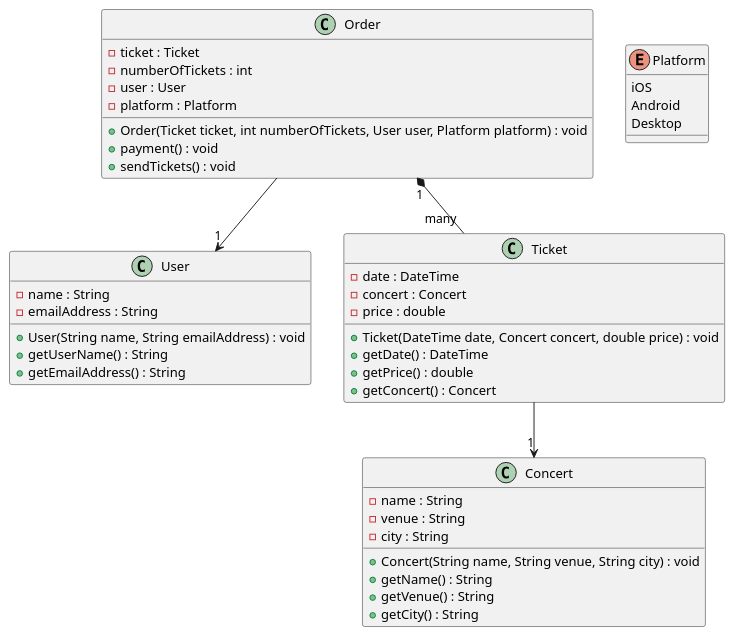
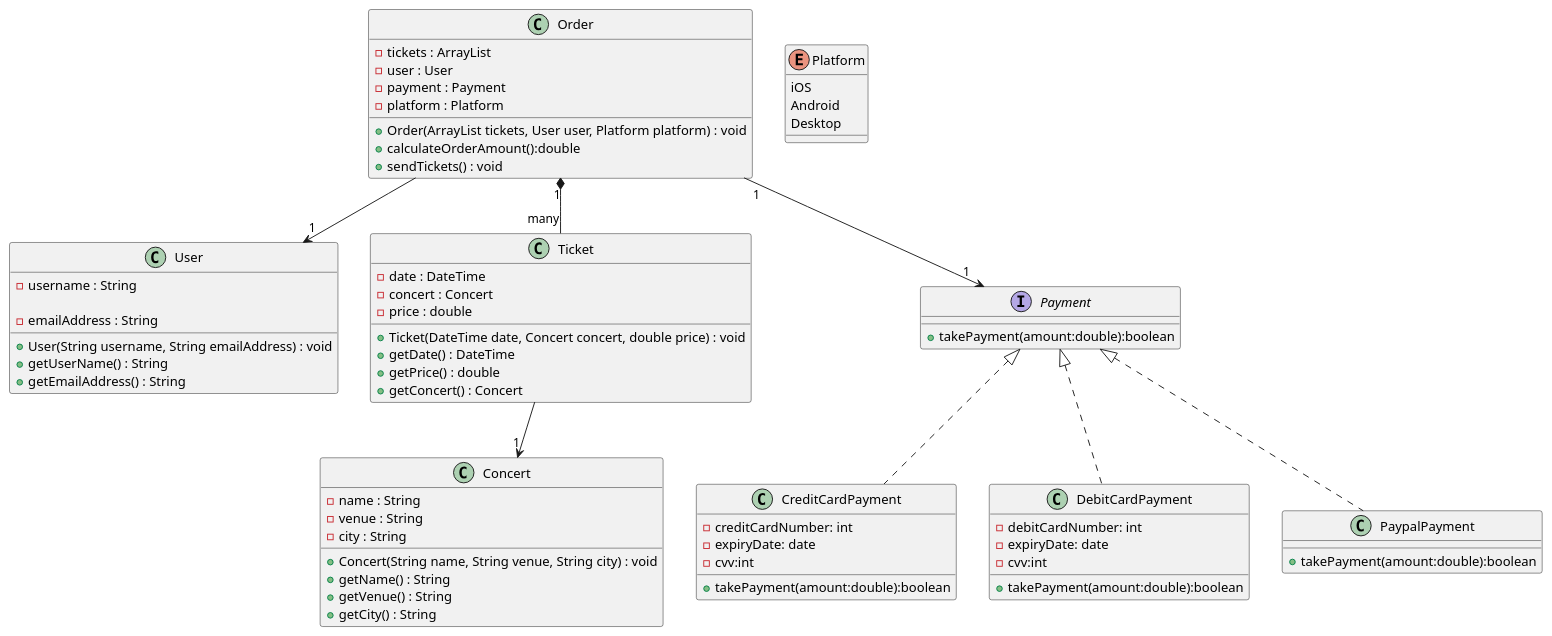
The diagram in MelodyMusic.puml (mel4782gh/MelodyMusic), drawn with PlantUML before and after one commit. The commit also changed 1 other file, not shown here.

Commit message:
@re-factored Melody Music uml

```diff
--- a/MelodyMusic.puml
+++ b/MelodyMusic.puml
@@ -1,56 +1,82 @@
 @startuml
 'https://plantuml.com/class-diagram
 
 Order --> "1" User
 Ticket --> "1" Concert
 Order "1" *-- "many" Ticket
 class User{
-    - name : String
+    - username : String
+
     - emailAddress : String
 
-    + User(String name, String emailAddress) : void
+    + User(String username, String emailAddress) : void
     +getUserName() : String
     +getEmailAddress() : String
 }
+
+
 
 class Concert{
     - name : String
     - venue : String
     - city : String
 
     + Concert(String name, String venue, String city) : void
     + getName() : String
     + getVenue() : String
     + getCity() : String
 
 }
 
 class Ticket{
     - date : DateTime
     - concert : Concert
     - price : double
 
     + Ticket(DateTime date, Concert concert, double price) : void
     + getDate() : DateTime
     + getPrice() : double
     + getConcert() : Concert
 }
 
 class Order{
-    - ticket : Ticket
-    - numberOfTickets : int
+    - tickets : ArrayList
     - user : User
+    - payment : Payment
     - platform : Platform
 
-    + Order(Ticket ticket, int numberOfTickets, User user, Platform platform) : void
-    + payment() : void
+    + Order(ArrayList tickets, User user, Platform platform) : void
+    + calculateOrderAmount():double
     + sendTickets() : void
 
+}
+
+Order "1" --> "1" Payment
+interface Payment{
++takePayment(amount:double):boolean
+}
+
+class CreditCardPayment implements Payment{
+-creditCardNumber: int
+-expiryDate: date
+-cvv:int
++takePayment(amount:double):boolean
+}
+
+class DebitCardPayment implements Payment{
+-debitCardNumber: int
+-expiryDate: date
+-cvv:int
++takePayment(amount:double):boolean
+}
+
+class PaypalPayment implements Payment{
++takePayment(amount:double):boolean
 }
 
 enum Platform{
     iOS
     Android
     Desktop
 }
 @enduml
```
